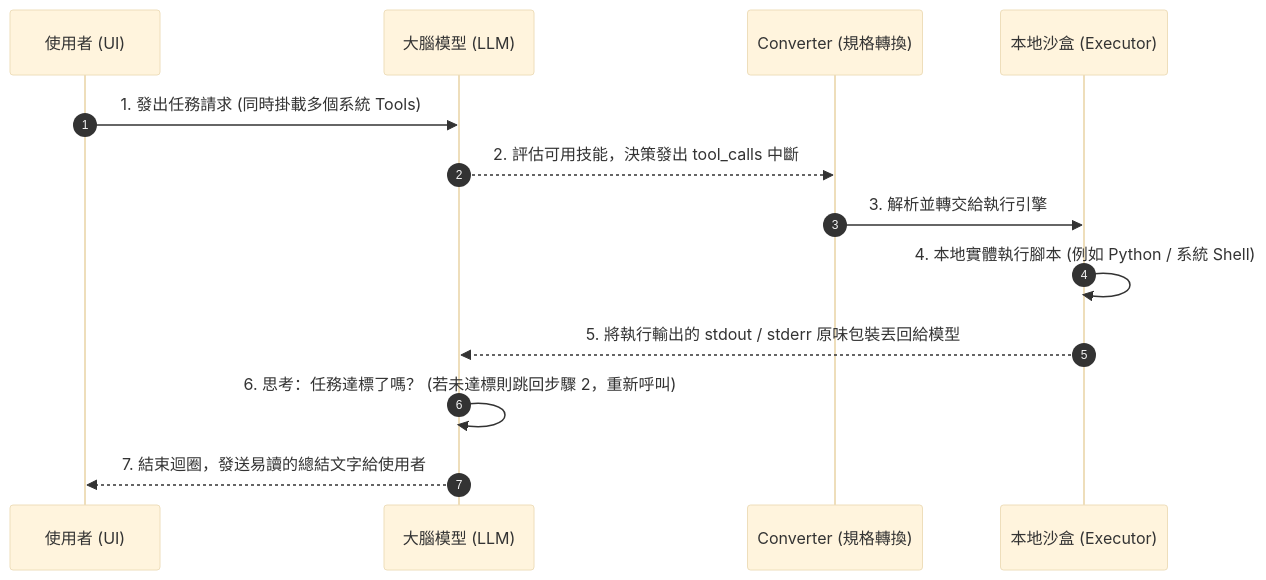
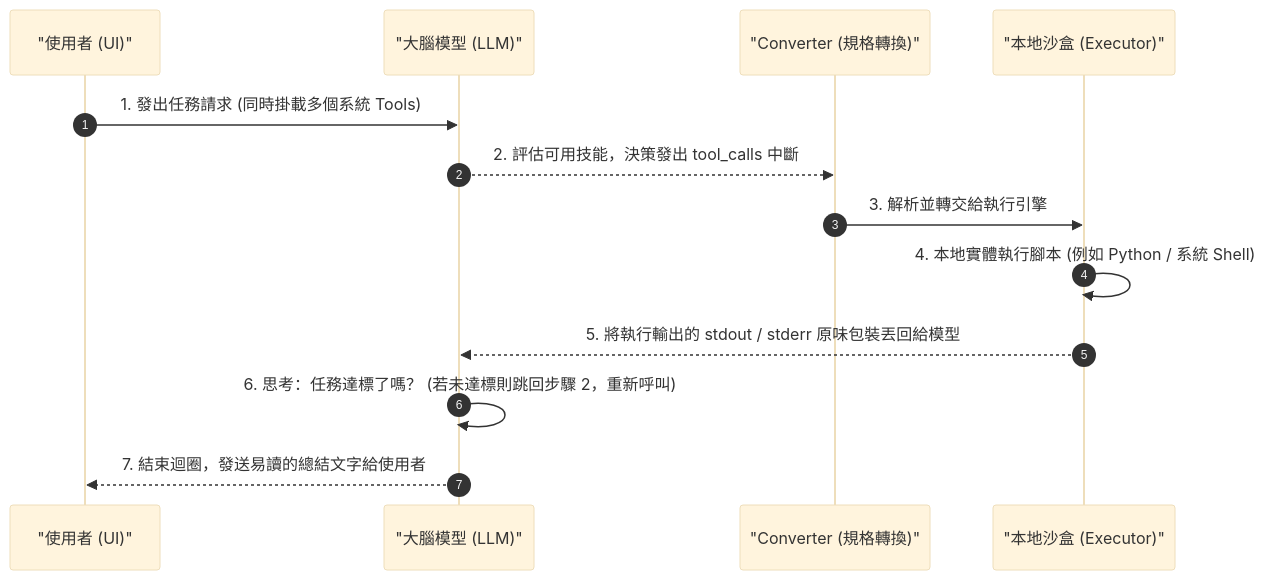
The third of 3 diagrams in Sprint1-4_Architecture_Report.md (fsc0638/MCP_Server), drawn with Mermaid (base theme) before and after one commit. The commit also changed other lines of this file, not shown here.

Commit message:
docs: Fix Mermaid syntax to support VS Code Preview - Replaced parenthetical nodes with quoted strings in all diagrams.

````diff
--- a/Sprint1-4_Architecture_Report.md
+++ b/Sprint1-4_Architecture_Report.md
@@ -120,16 +120,16 @@
 ```mermaid
 sequenceDiagram
     autonumber
-    participant U as 使用者 (UI)
-    participant A as 大腦模型 (LLM)
-    participant C as Converter (規格轉換)
-    participant E as 本地沙盒 (Executor)
+    participant U as "使用者 (UI)"
+    participant A as "大腦模型 (LLM)"
+    participant C as "Converter (規格轉換)"
+    participant E as "本地沙盒 (Executor)"
     
     U->>A: 1. 發出任務請求 (同時掛載多個系統 Tools)
     A-->>C: 2. 評估可用技能，決策發出 tool_calls 中斷
     C->>E: 3. 解析並轉交給執行引擎
     E->>E: 4. 本地實體執行腳本 (例如 Python / 系統 Shell)
     E-->>A: 5. 將執行輸出的 stdout / stderr 原味包裝丟回給模型
     A->>A: 6. 思考：任務達標了嗎？ (若未達標則跳回步驟 2，重新呼叫)
     A-->>U: 7. 結束迴圈，發送易讀的總結文字給使用者
 ```
````
